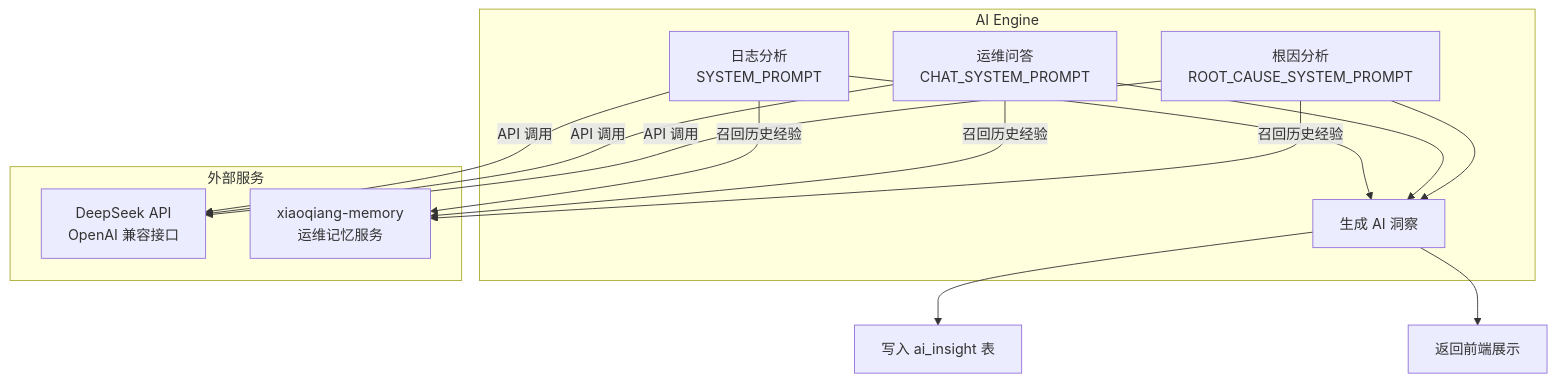
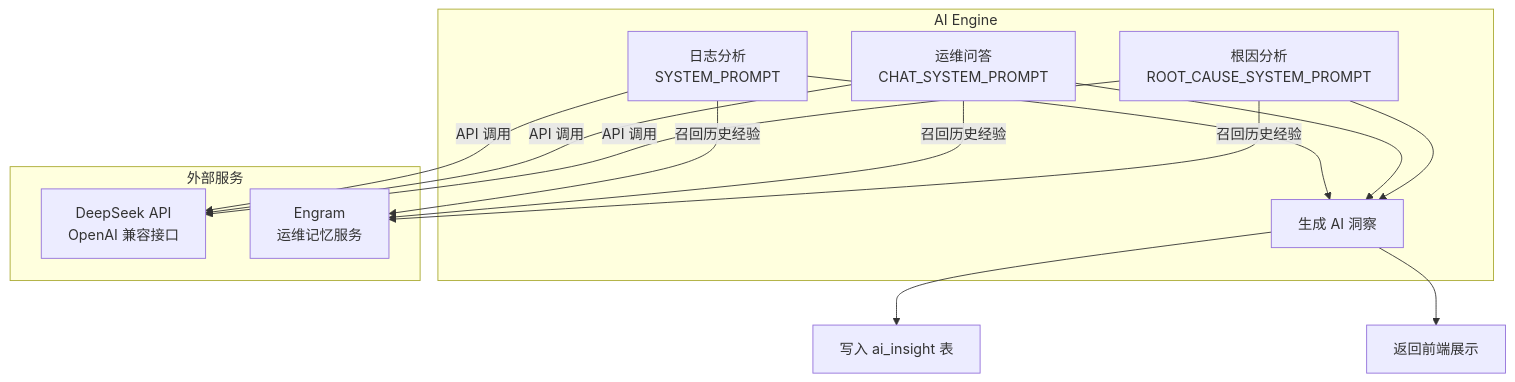
The fourth of 6 diagrams in docs/architecture.md (LinChuang2008/vigilops), drawn with Mermaid before and after one commit. The commit also changed other lines of this file and 11 other files, not shown here.

Commit message:
chore: rename xiaoqiang-memory to Engram + add AI company structure

````diff
--- a/docs/architecture.md
+++ b/docs/architecture.md
@@ -383,18 +383,18 @@
 ```mermaid
 flowchart TB
     subgraph AI Engine
         A[日志分析<br/>SYSTEM_PROMPT] --> D[生成 AI 洞察]
         B[运维问答<br/>CHAT_SYSTEM_PROMPT] --> D
         C[根因分析<br/>ROOT_CAUSE_SYSTEM_PROMPT] --> D
     end
 
     subgraph 外部服务
         DS[DeepSeek API<br/>OpenAI 兼容接口]
-        MM[xiaoqiang-memory<br/>运维记忆服务]
+        MM[Engram<br/>运维记忆服务]
     end
 
     A & B & C -->|API 调用| DS
     A & B & C -->|召回历史经验| MM
     D --> E[写入 ai_insight 表]
     D --> F[返回前端展示]
 ```
````
